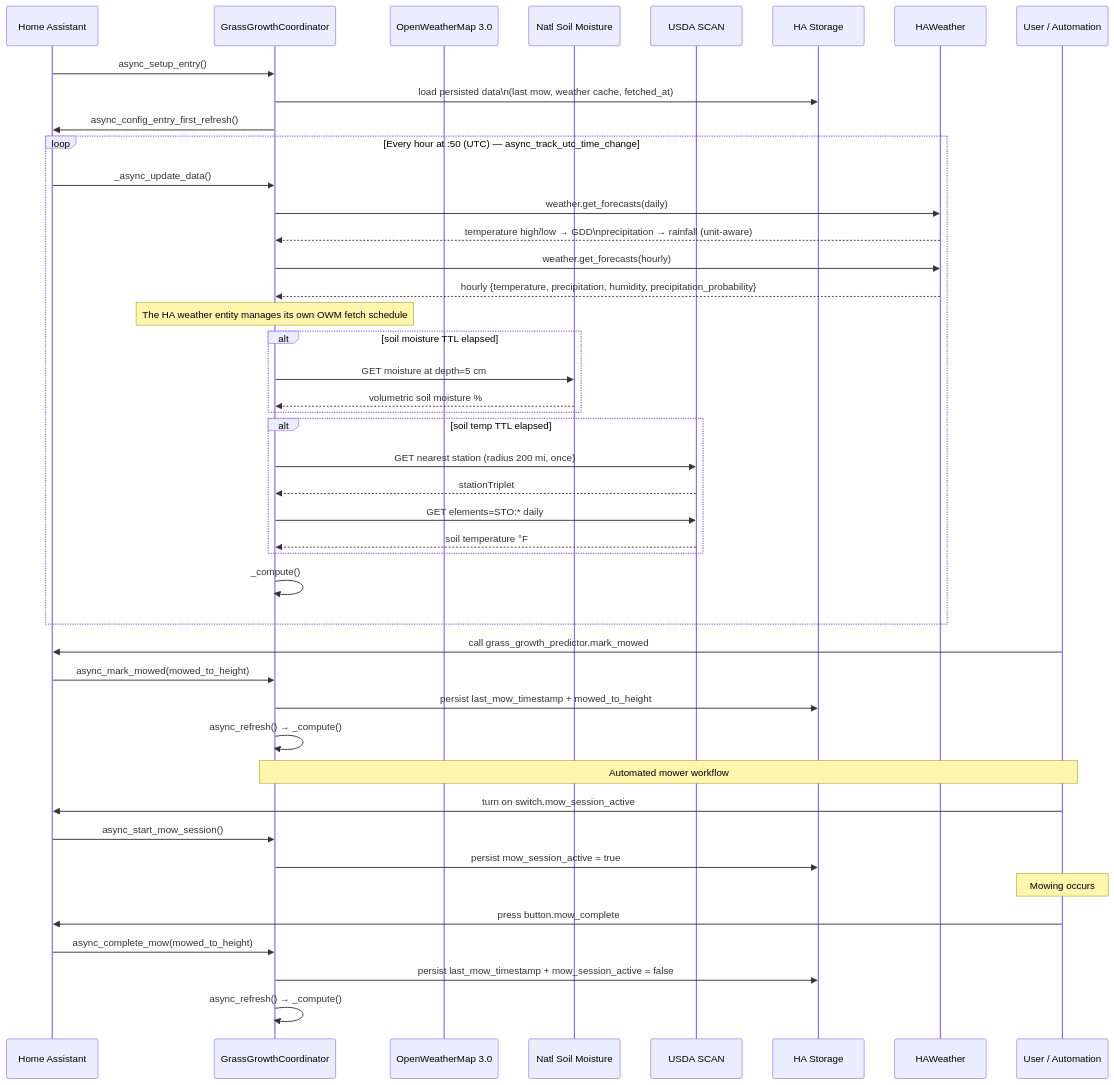
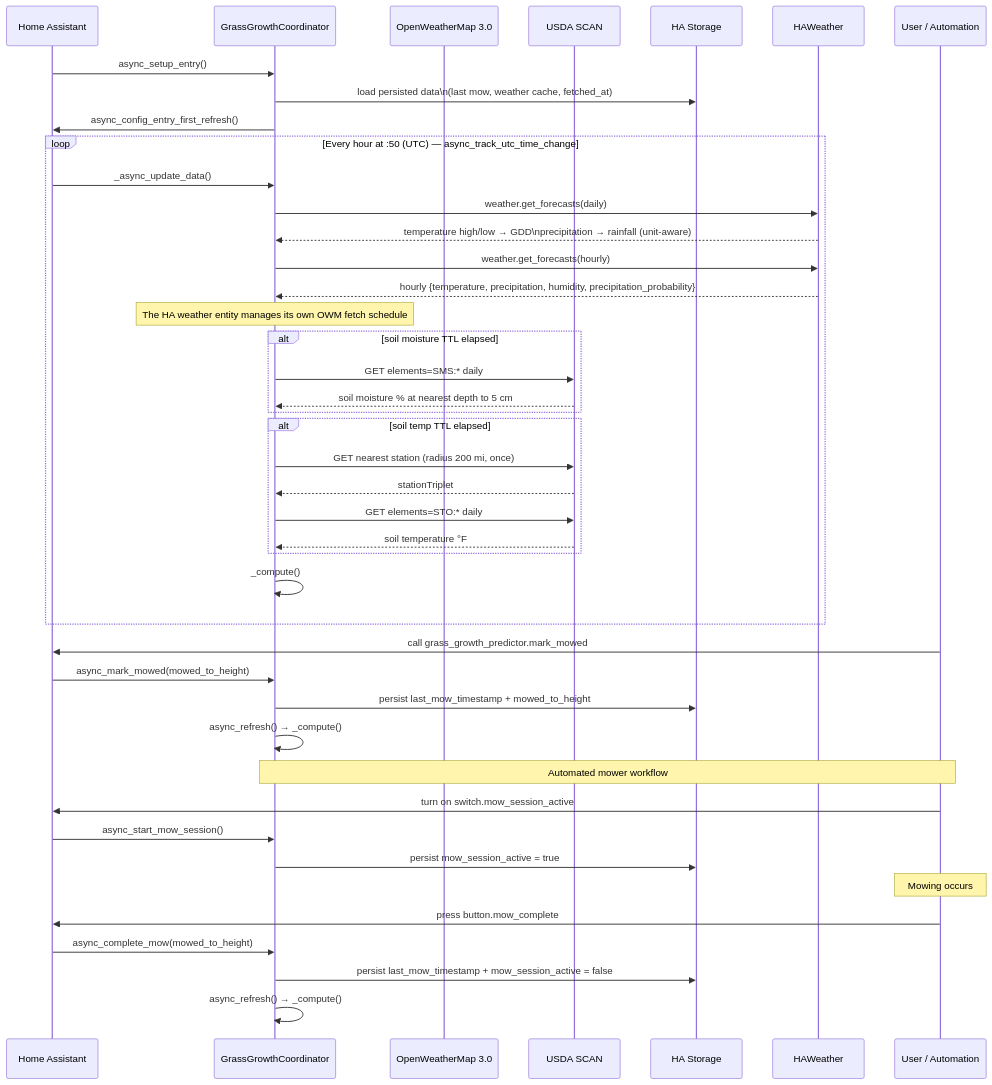
Before and after one commit to seanmahrt/hacs_grass_estimator: the second of 3 diagrams in ARCHITECTURE.md, drawn with Mermaid. The commit also changed other lines of this file and 4 other files, not shown here.

Commit message:
Switch soil moisture to SCAN

````diff
--- a/ARCHITECTURE.md
+++ b/ARCHITECTURE.md
@@ -132,49 +130,48 @@
 ```mermaid
 sequenceDiagram
     participant HA as Home Assistant
     participant Coord as GrassGrowthCoordinator
     participant OWM as OpenWeatherMap 3.0
-    participant NSM as Natl Soil Moisture
     participant SCAN as USDA SCAN
     participant Store as HA Storage
 
     HA->>Coord: async_setup_entry()
     Coord->>Store: load persisted data\n(last mow, weather cache, fetched_at)
     Coord->>HA: async_config_entry_first_refresh()
 
     loop Every hour at :50 (UTC) — async_track_utc_time_change
         HA->>Coord: _async_update_data()
         Coord->>HAWeather: weather.get_forecasts(daily)
         HAWeather-->>Coord: temperature high/low → GDD\nprecipitation → rainfall (unit-aware)
         Coord->>HAWeather: weather.get_forecasts(hourly)
         HAWeather-->>Coord: hourly {temperature, precipitation, humidity, precipitation_probability}
         note over Coord: The HA weather entity manages its own OWM fetch schedule
         alt soil moisture TTL elapsed
-            Coord->>NSM: GET moisture at depth=5 cm
-            NSM-->>Coord: volumetric soil moisture %
+            Coord->>SCAN: GET elements=SMS:* daily
+            SCAN-->>Coord: soil moisture % at nearest depth to 5 cm
         end
         alt soil temp TTL elapsed
             Coord->>SCAN: GET nearest station (radius 200 mi, once)
             SCAN-->>Coord: stationTriplet
             Coord->>SCAN: GET elements=STO:* daily
             SCAN-->>Coord: soil temperature °F
         end
         Coord->>Coord: _compute()
     end
 
     participant User as User / Automation
     User->>HA: call grass_growth_predictor.mark_mowed
     HA->>Coord: async_mark_mowed(mowed_to_height)
     Coord->>Store: persist last_mow_timestamp + mowed_to_height
     Coord->>Coord: async_refresh() → _compute()
 
     note over User,Coord: Automated mower workflow
     User->>HA: turn on switch.mow_session_active
     HA->>Coord: async_start_mow_session()
     Coord->>Store: persist mow_session_active = true
     note over User: Mowing occurs
     User->>HA: press button.mow_complete
     HA->>Coord: async_complete_mow(mowed_to_height)
     Coord->>Store: persist last_mow_timestamp + mow_session_active = false
     Coord->>Coord: async_refresh() → _compute()
 ```
````
